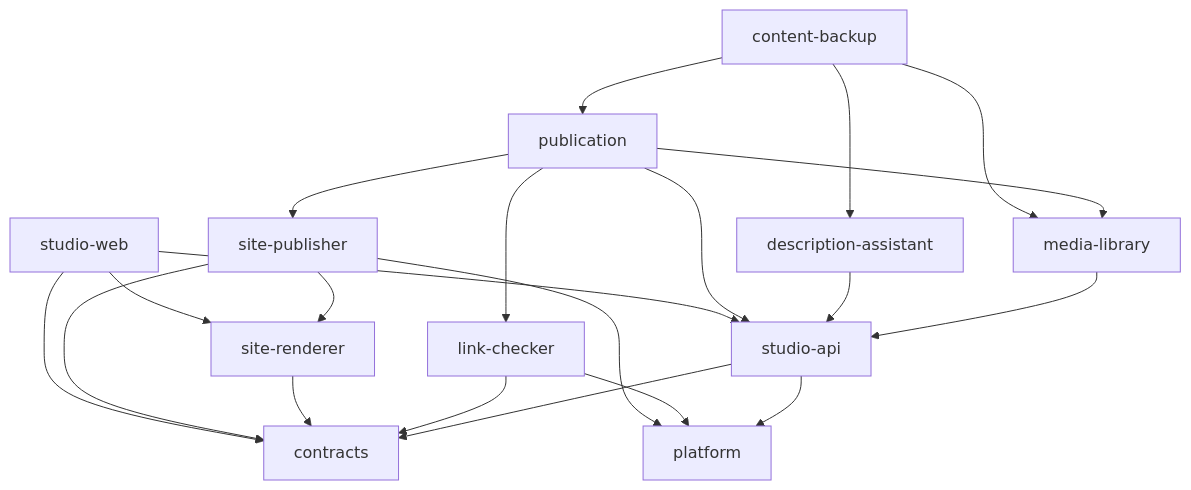
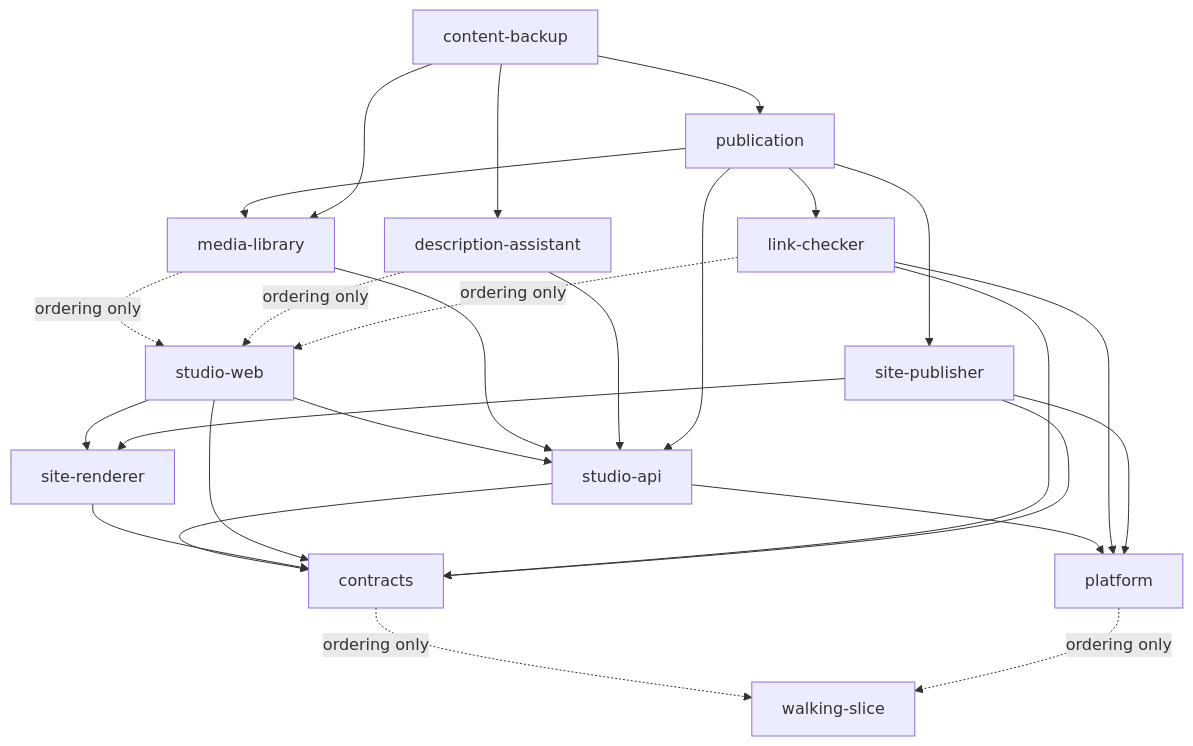
The diagram in aidlc/spaces/default/intents/261010-architect-portfolio/inception/units-generation/unit-of-work-dependency.md (mbroadfo/architect-portfolio), drawn with Mermaid before and after one commit. The commit also changed other lines of this file and 7 other files, not shown here.

````diff
--- a/aidlc/spaces/default/intents/261010-architect-portfolio/inception/units-generation/unit-of-work-dependency.md
+++ b/aidlc/spaces/default/intents/261010-architect-portfolio/inception/units-generation/unit-of-work-dependency.md
@@ -52,23 +57,28 @@
 ```mermaid
 graph TD
+  contracts -.->|ordering only| walking_slice[walking-slice]
+  platform -.->|ordering only| walking_slice
   studio_api[studio-api] --> contracts
   studio_api --> platform
+  site_renderer[site-renderer] --> contracts
+  studio_web[studio-web] --> contracts
+  studio_web --> studio_api
+  studio_web --> site_renderer
   media_library[media-library] --> studio_api
+  media_library -.->|ordering only| studio_web
   description_assistant[description-assistant] --> studio_api
+  description_assistant -.->|ordering only| studio_web
   link_checker[link-checker] --> contracts
   link_checker --> platform
-  site_renderer[site-renderer] --> contracts
+  link_checker -.->|ordering only| studio_web
   site_publisher[site-publisher] --> contracts
   site_publisher --> platform
   site_publisher --> site_renderer
   publication --> studio_api
   publication --> media_library
   publication --> link_checker
   publication --> site_publisher
   content_backup[content-backup] --> publication
   content_backup --> description_assistant
   content_backup --> media_library
-  studio_web[studio-web] --> contracts
-  studio_web --> studio_api
-  studio_web --> site_renderer
 ```
````
